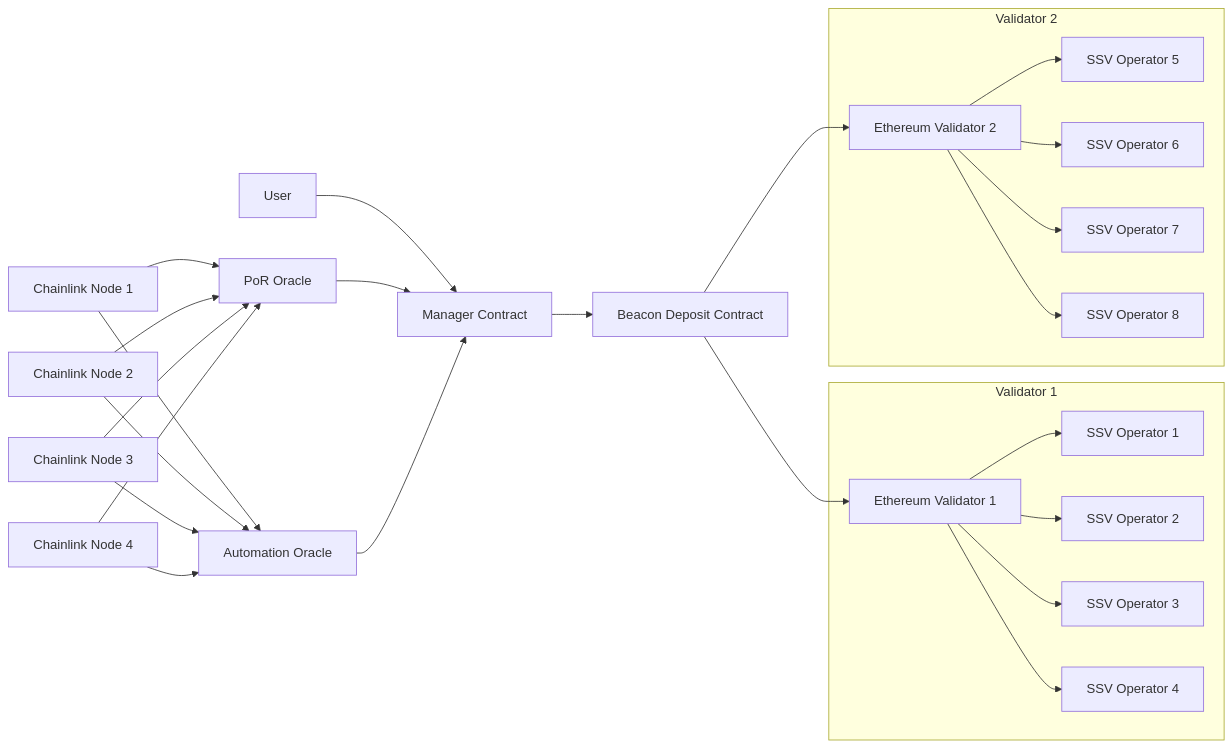
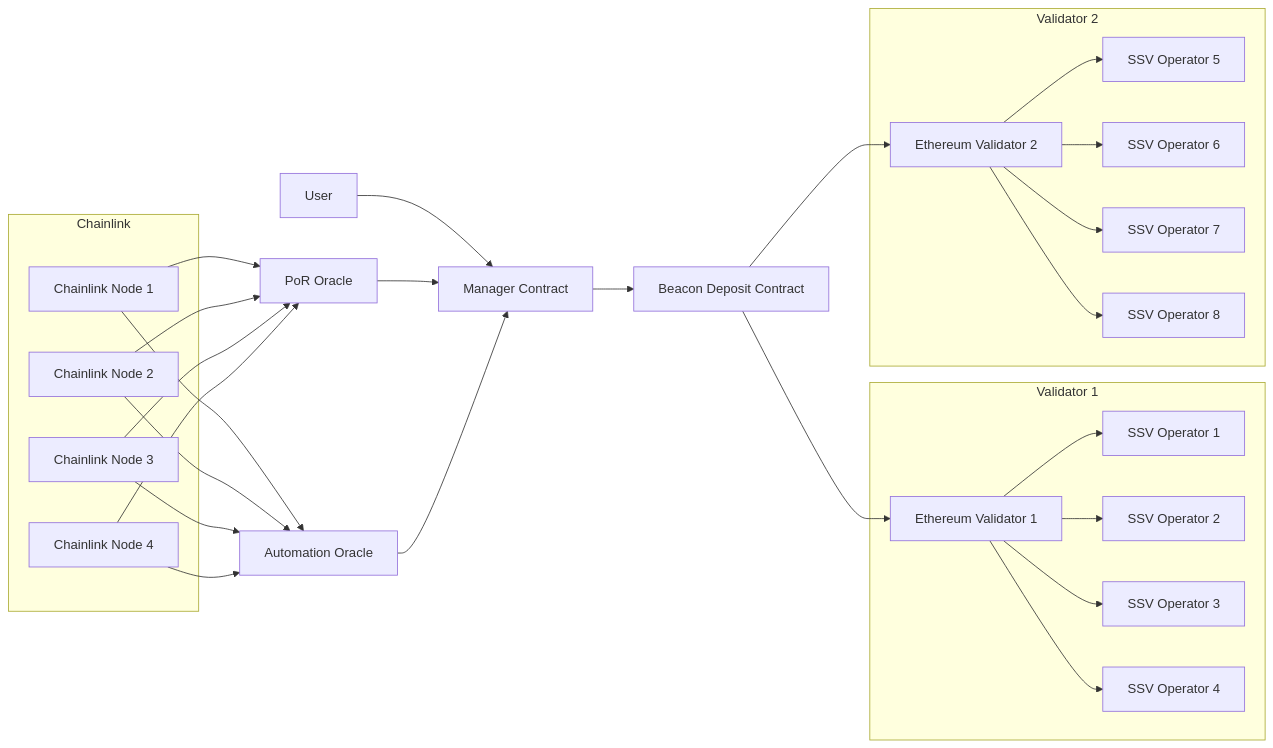
Before and after one commit to consensusnetworks/casimir: the diagram in contracts/ethereum/README.md, drawn with Mermaid.

Commit message:
Subgraph chainlink nodes

````diff
--- a/contracts/ethereum/README.md
+++ b/contracts/ethereum/README.md
@@ -9,34 +9,41 @@
 ```mermaid
 graph LR
     A[User] --> B[Manager Contract]
     B --> C[Beacon Deposit Contract]
     C --> D1[Ethereum Validator 1]
     C --> D2[Ethereum Validator 2]
     
     subgraph Validator 1
         D1 --> E11[SSV Operator 1]
         D1 --> E12[SSV Operator 2]
         D1 --> E13[SSV Operator 3]
         D1 --> E14[SSV Operator 4]
     end
     
     subgraph Validator 2
         D2 --> E21[SSV Operator 5]
         D2 --> E22[SSV Operator 6]
         D2 --> E23[SSV Operator 7]
         D2 --> E24[SSV Operator 8]
     end
     
     F[PoR Oracle] --> B
     G[Automation Oracle] --> B
     
+    subgraph Chainlink
+        H1[Chainlink Node 1]
+        H2[Chainlink Node 2]
+        H3[Chainlink Node 3]
+        H4[Chainlink Node 4]
+    end
+    
     H1[Chainlink Node 1] --> F
     H2[Chainlink Node 2] --> F
     H3[Chainlink Node 3] --> F
     H4[Chainlink Node 4] --> F
     
     H1 --> G
     H2 --> G
     H3 --> G
     H4 --> G
 ```
````
